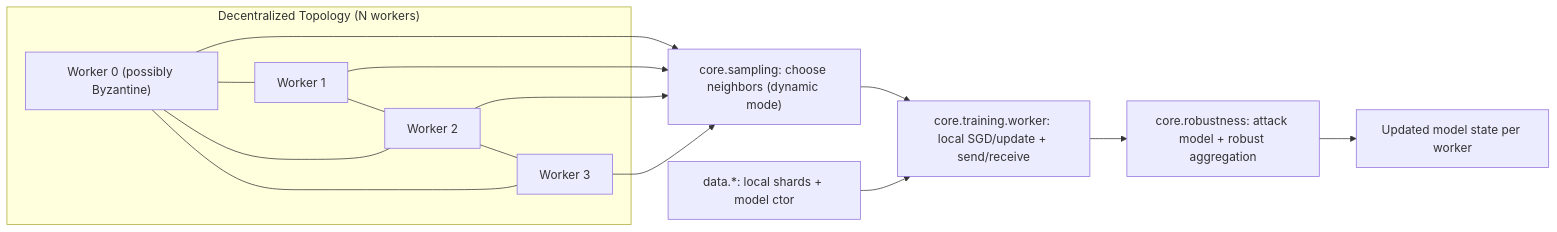
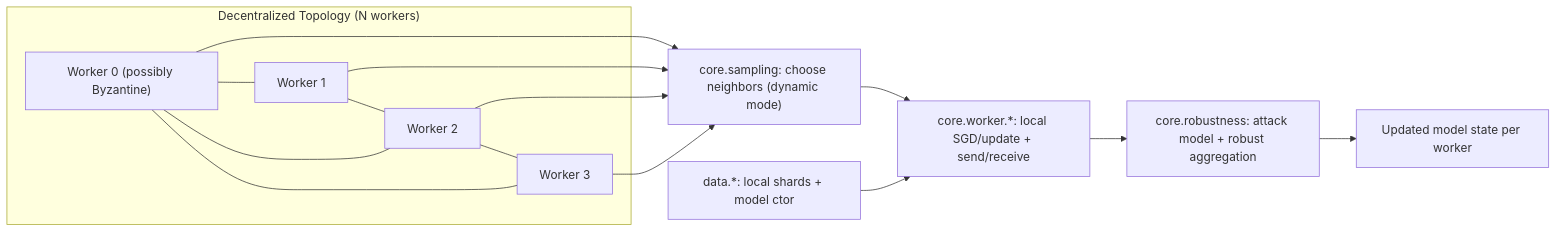
The second of 2 diagrams in README.md (ale18V/BanditFL), drawn with Mermaid before and after one commit. The commit also changed other lines of this file and 12 other files, not shown here.

Commit message:
refactor: rename training module to worker and split worker roles

````diff
--- a/README.md
+++ b/README.md
@@ -205,25 +205,25 @@
 ```mermaid
 flowchart LR
     subgraph Topology["Decentralized Topology (N workers)"]
         W0["Worker 0 (possibly Byzantine)"]
         W1["Worker 1"]
         W2["Worker 2"]
         W3["Worker 3"]
         W0 --- W1
         W1 --- W2
         W2 --- W3
         W3 --- W0
         W0 --- W2
     end
 
     W0 --> S["core.sampling: choose neighbors (dynamic mode)"]
     W1 --> S
     W2 --> S
     W3 --> S
 
-    S --> U["core.training.worker: local SGD/update + send/receive"]
+    S --> U["core.worker.*: local SGD/update + send/receive"]
     U --> A["core.robustness: attack model + robust aggregation"]
     A --> M["Updated model state per worker"]
 
     D["data.*: local shards + model ctor"] --> U
 ```
````
